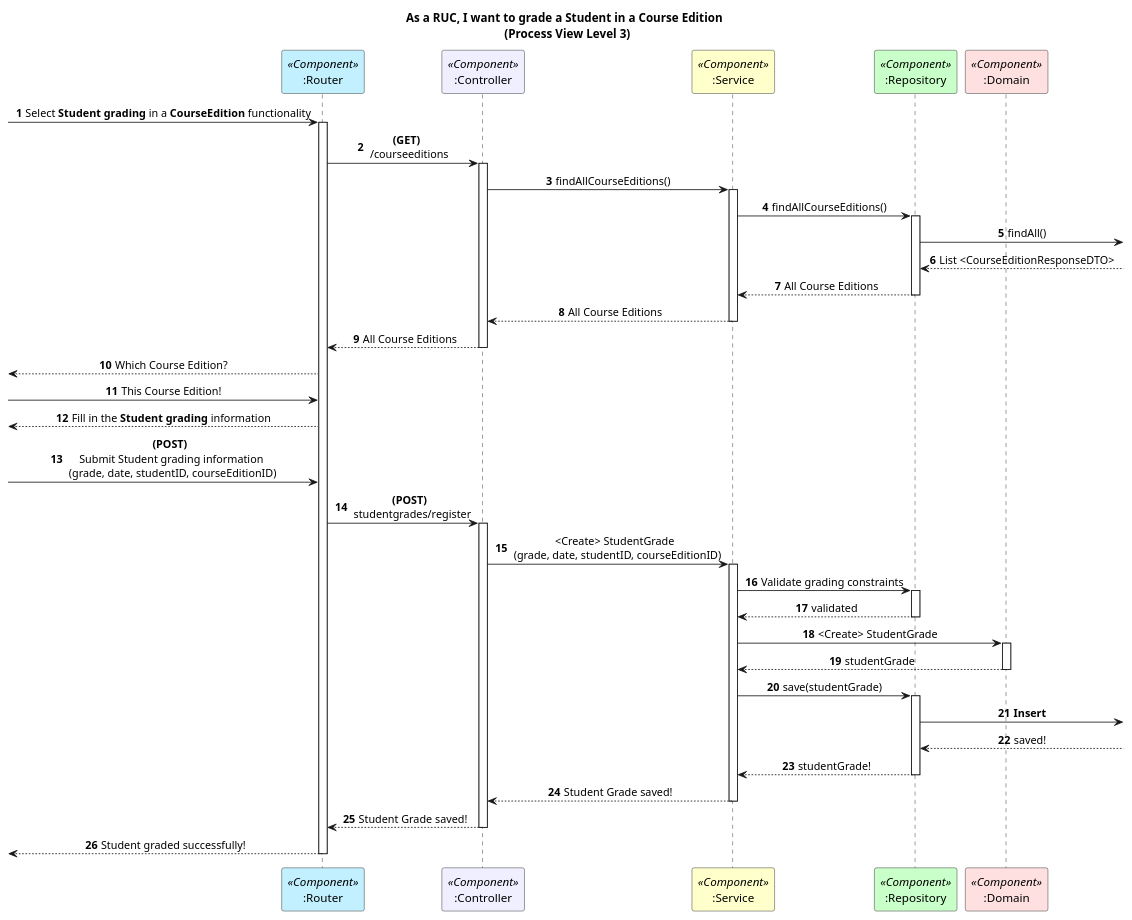
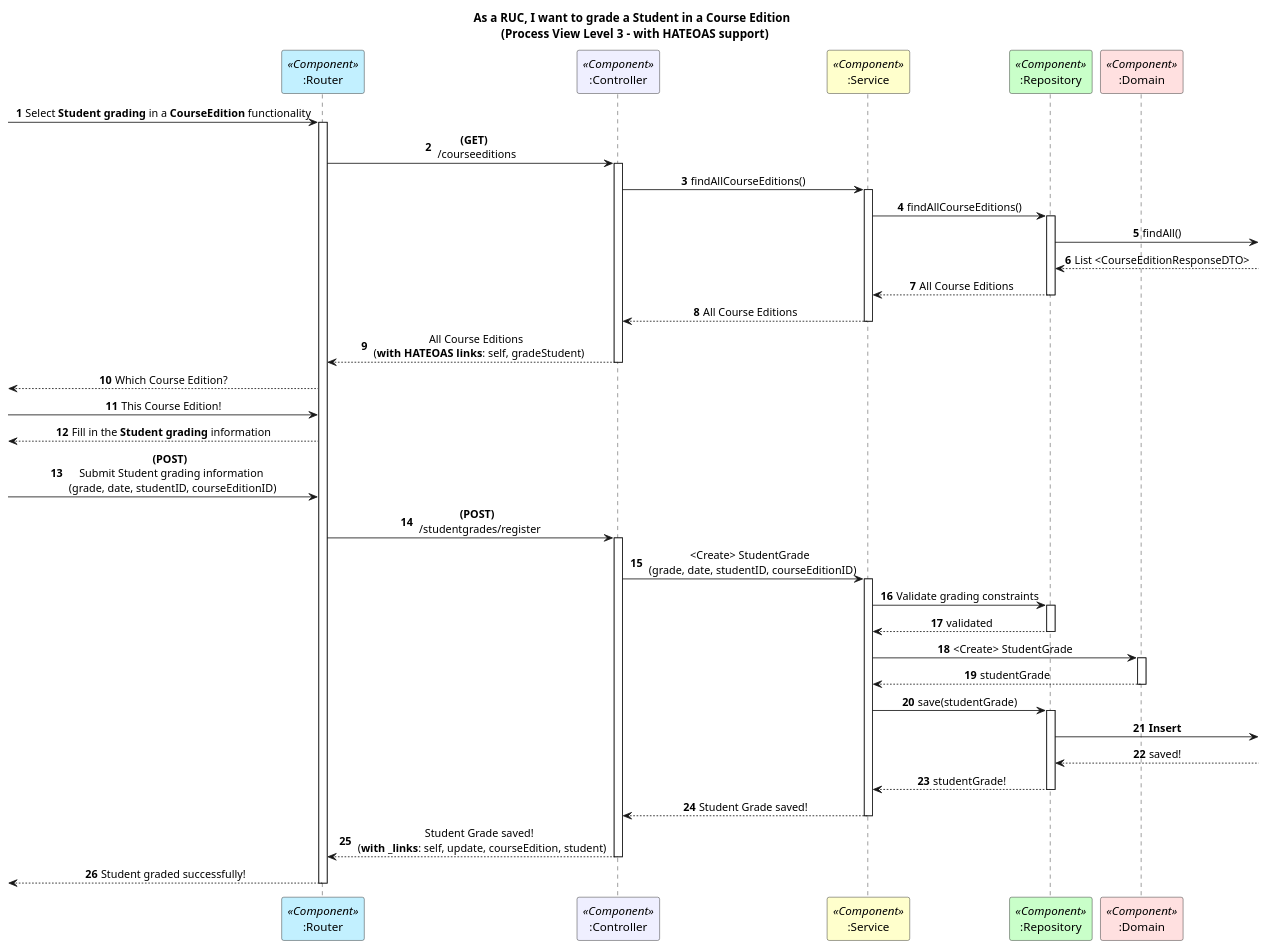
One commit to GasparISEP/DevOps-PAI changed the diagram in docs/US22/Sprint7/ProcessView/Level3.puml. Above: the diagram before and after it, drawn with PlantUML.

Commit message:
Implement HATEOAS for Grade a Student in a Course Edition - update Process View Level 3 diagram (Issue #685)

```diff
--- a/docs/US22/Sprint7/ProcessView/Level3.puml
+++ b/docs/US22/Sprint7/ProcessView/Level3.puml
@@ -1,70 +1,80 @@
 @startuml
 
 autonumber
-title As a RUC, I want to grade a Student in a Course Edition \n (Process View Level 3)
+title As a RUC, I want to grade a Student in a Course Edition \n (Process View Level 3 – with HATEOAS support)
 skinparam sequencemessagealign center
-autonumber
-
 
 participant ":Router" as router <<Component>> #application
 participant ":Controller" as controller <<Component>> #motivation
 participant ":Service" as service <<Component>> #business
 participant ":Repository" as repo <<Component>> #technology
 participant ":Domain" as domain <<Component>> #implementation
 
- -> router : Select **Student grading** in a **CourseEdition** functionality
+-> router : Select **Student grading** in a **CourseEdition** functionality
 activate router
+
 router -> controller : **(GET)** \n /courseeditions
 activate controller
+
 controller -> service : findAllCourseEditions()
 activate service
+
 service -> repo : findAllCourseEditions()
 activate repo
+
 repo ->  : findAll()
 repo <--  : List <CourseEditionResponseDTO>
 
 repo --> service : All Course Editions
 deactivate repo
+
 service --> controller : All Course Editions
 deactivate service
-controller --> router : All Course Editions
+
+controller --> router : All Course Editions \n (**with HATEOAS links**: self, gradeStudent)
 deactivate controller
 
+<-- router : Which Course Edition?
 
- <-- router : Which Course Edition?
- -> router : This Course Edition!
- <-- router : Fill in the **Student grading** information
- -> router : **(POST)** \n Submit Student grading information \n (grade, date, studentID, courseEditionID)
-router -> controller : **(POST)** \n studentgrades/register
+-> router : This Course Edition!
 
+<-- router : Fill in the **Student grading** information
+
+-> router : **(POST)** \n Submit Student grading information \n (grade, date, studentID, courseEditionID)
+router -> controller : **(POST)** \n /studentgrades/register
 activate controller
+
 controller -> service : <Create> StudentGrade \n (grade, date, studentID, courseEditionID)
+activate service
 
-activate service
 service -> repo : Validate grading constraints
 activate repo
+
 repo --> service : validated
 deactivate repo
 
 service -> domain : <Create> StudentGrade
 activate domain
+
 domain --> service : studentGrade
 deactivate domain
 
 service -> repo : save(studentGrade)
 activate repo
+
 repo -> : **Insert**
-repo <--  : saved!
+repo <-- : saved!
+
 repo --> service : studentGrade!
 deactivate repo
 
 service --> controller : Student Grade saved!
 deactivate service
 
-controller --> router : Student Grade saved!
+controller --> router : Student Grade saved! \n (**with _links**: self, update, courseEdition, student)
 deactivate controller
 
- <-- router : Student graded successfully!
+<-- router : Student graded successfully!
 deactivate router
 
 @enduml
```
